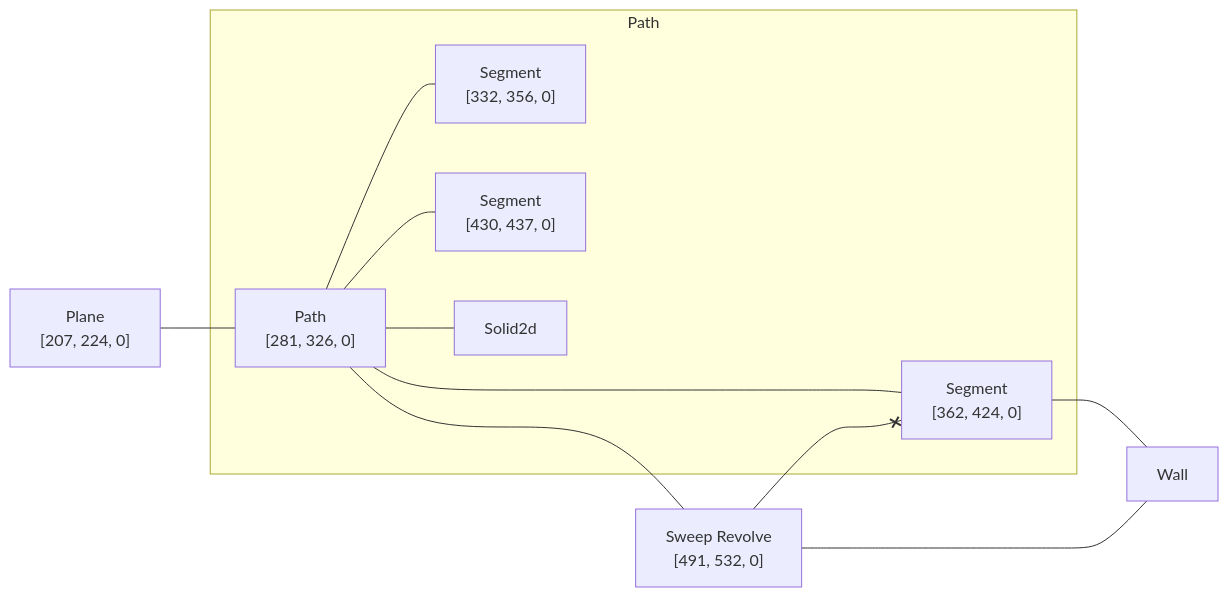
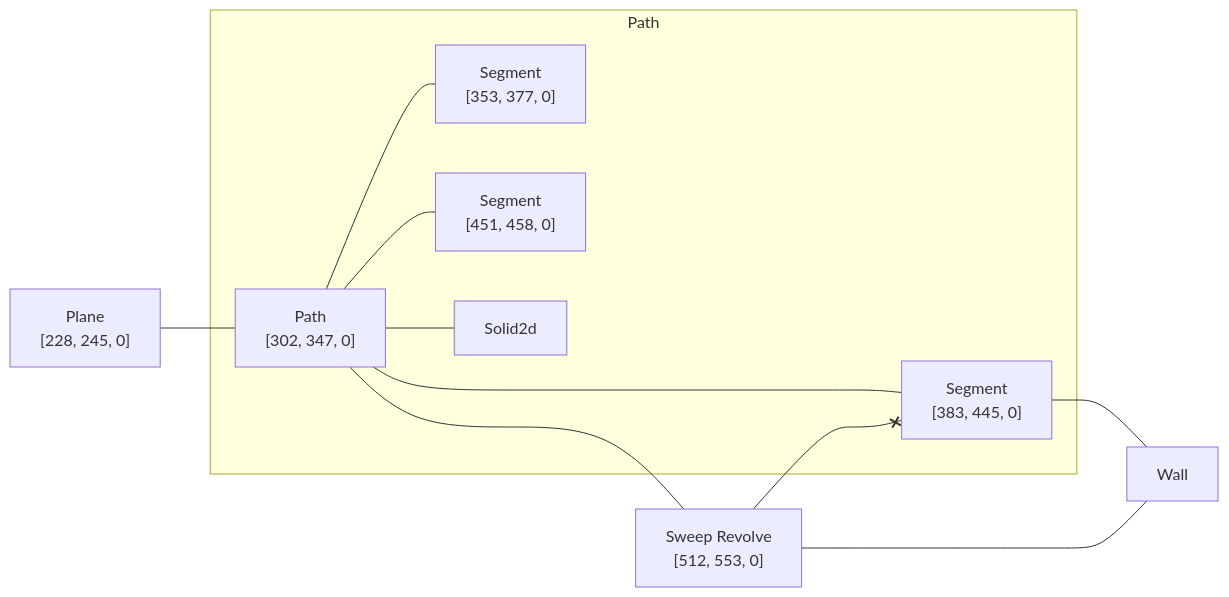
Before and after one commit to KittyCAD/modeling-app: the diagram in rust/kcl-lib/tests/kcl_samples/sphere/artifact_graph_flowchart.snap.md, drawn with Mermaid. The commit also changed 319 other files, not shown here.

````diff
--- a/rust/kcl-lib/tests/kcl_samples/sphere/artifact_graph_flowchart.snap.md
+++ b/rust/kcl-lib/tests/kcl_samples/sphere/artifact_graph_flowchart.snap.md
@@ -1,29 +1,29 @@
 ```mermaid
 flowchart LR
   subgraph path2 [Path]
-    2["Path<br>[281, 326, 0]"]
+    2["Path<br>[302, 347, 0]"]
       %% [ProgramBodyItem { index: 2 }, VariableDeclarationDeclaration, VariableDeclarationInit, PipeBodyItem { index: 0 }]
-    3["Segment<br>[332, 356, 0]"]
+    3["Segment<br>[353, 377, 0]"]
       %% [ProgramBodyItem { index: 2 }, VariableDeclarationDeclaration, VariableDeclarationInit, PipeBodyItem { index: 1 }]
-    4["Segment<br>[362, 424, 0]"]
+    4["Segment<br>[383, 445, 0]"]
       %% [ProgramBodyItem { index: 2 }, VariableDeclarationDeclaration, VariableDeclarationInit, PipeBodyItem { index: 2 }]
-    5["Segment<br>[430, 437, 0]"]
+    5["Segment<br>[451, 458, 0]"]
       %% [ProgramBodyItem { index: 2 }, VariableDeclarationDeclaration, VariableDeclarationInit, PipeBodyItem { index: 3 }]
     6[Solid2d]
   end
-  1["Plane<br>[207, 224, 0]"]
+  1["Plane<br>[228, 245, 0]"]
     %% [ProgramBodyItem { index: 1 }, VariableDeclarationDeclaration, VariableDeclarationInit]
-  7["Sweep Revolve<br>[491, 532, 0]"]
+  7["Sweep Revolve<br>[512, 553, 0]"]
     %% [ProgramBodyItem { index: 3 }, VariableDeclarationDeclaration, VariableDeclarationInit]
   8[Wall]
     %% face_code_ref=Missing NodePath
   1 --- 2
   2 --- 3
   2 --- 4
   2 --- 5
   2 --- 6
   2 ---- 7
   7 <--x 4
   4 --- 8
   7 --- 8
 ```
````
